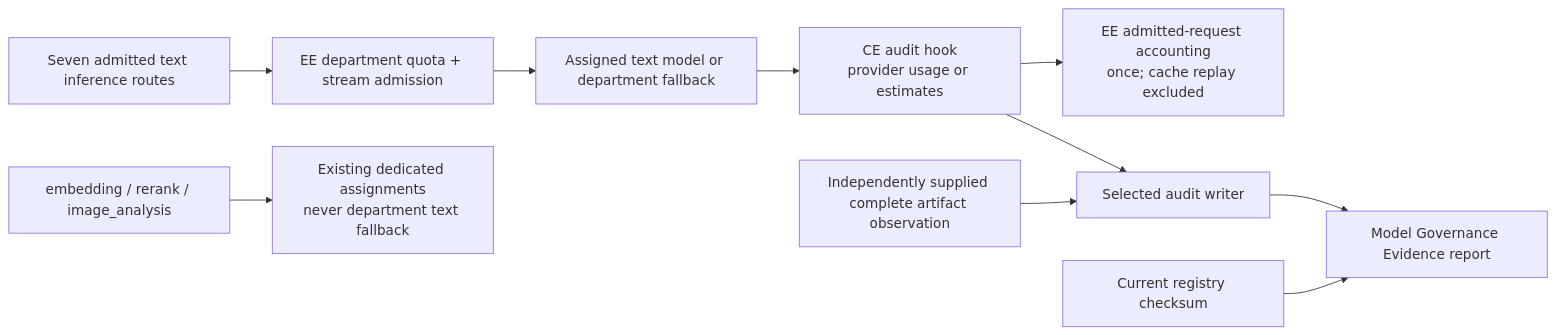
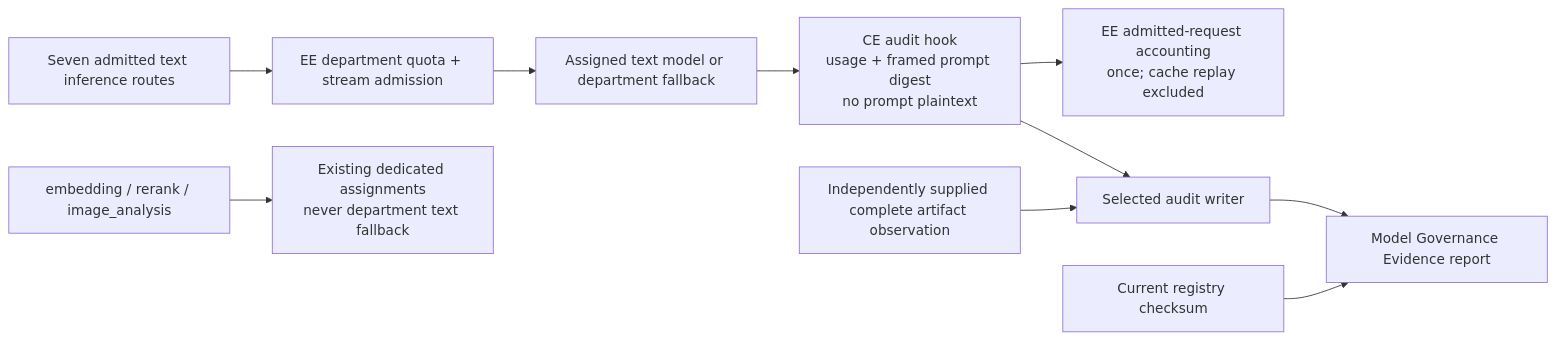
One commit to Compendiq/compendiq-ce changed the fifth of 5 diagrams in docs/architecture/10-flow-enterprise-license.md. Above: the diagram before and after it, drawn with Mermaid. The commit also changed other lines of this file and 16 other files, not shown here.

Commit message:
Fix LLM audit prompt fingerprints

````diff
--- a/docs/architecture/10-flow-enterprise-license.md
+++ b/docs/architecture/10-flow-enterprise-license.md
@@ -179,12 +179,12 @@
 ```mermaid
 flowchart LR
     routes["Seven admitted text inference routes"] --> quota["EE department quota + stream admission"]
     quota --> text["Assigned text model or department fallback"]
     retrieval["embedding / rerank / image_analysis"] --> assigned["Existing dedicated assignments<br/>never department text fallback"]
-    text --> audit["CE audit hook<br/>provider usage or estimates"]
+    text --> audit["CE audit hook<br/>usage + framed prompt digest<br/>no prompt plaintext"]
     audit --> persist["Selected audit writer"]
     audit --> meter["EE admitted-request accounting<br/>once; cache replay excluded"]
     persist --> evidence["Model Governance Evidence report"]
     observed["Independently supplied complete artifact observation"] --> persist
     registry["Current registry checksum"] --> evidence
 ```
````
